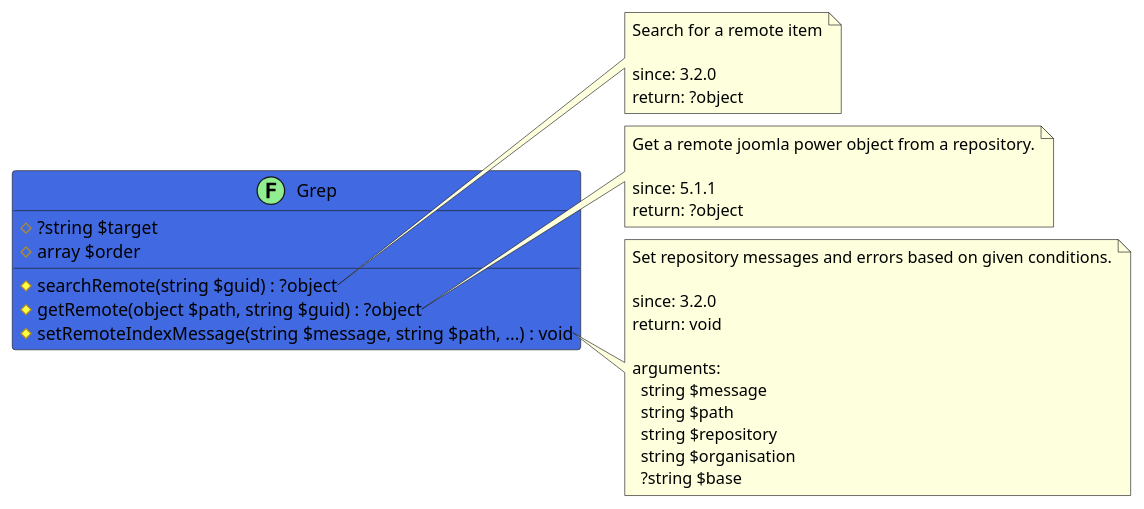
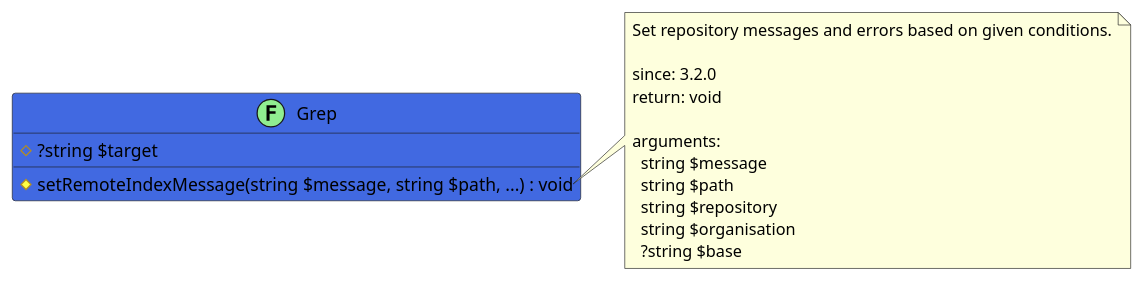
The diagram in src/355bf21a-f859-4528-9110-bcd2c6d05ea7/README.md (joomengine/jcb-packager), drawn with PlantUML before and after one commit. The commit also changed 149 other files, not shown here.

````diff
--- a/src/355bf21a-f859-4528-9110-bcd2c6d05ea7/README.md
+++ b/src/355bf21a-f859-4528-9110-bcd2c6d05ea7/README.md
@@ -6,41 +6,24 @@
 ```uml
 @startuml
 
 class Grep << (F,LightGreen) >> #RoyalBlue {
   # ?string $target
-  # array $order
-  # searchRemote(string $guid) : ?object
-  # getRemote(object $path, string $guid) : ?object
   # setRemoteIndexMessage(string $message, string $path, ...) : void
 }
-
-note right of Grep::searchRemote
-  Search for a remote item
-
-  since: 3.2.0
-  return: ?object
-end note
-
-note right of Grep::getRemote
-  Get a remote joomla power object from a repository.
-
-  since: 5.1.1
-  return: ?object
-end note
 
 note right of Grep::setRemoteIndexMessage
   Set repository messages and errors based on given conditions.
 
   since: 3.2.0
   return: void
   
   arguments:
     string $message
     string $path
     string $repository
     string $organisation
     ?string $base
 end note
 
 @enduml
 ```
````
